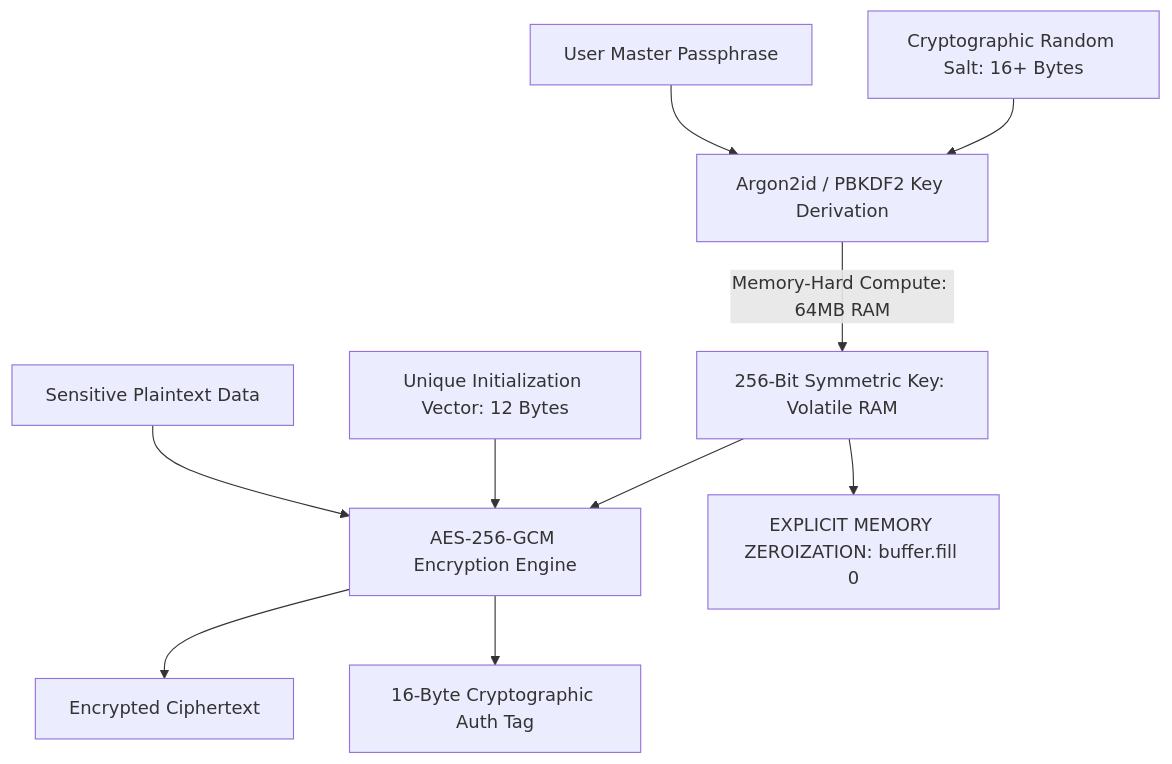
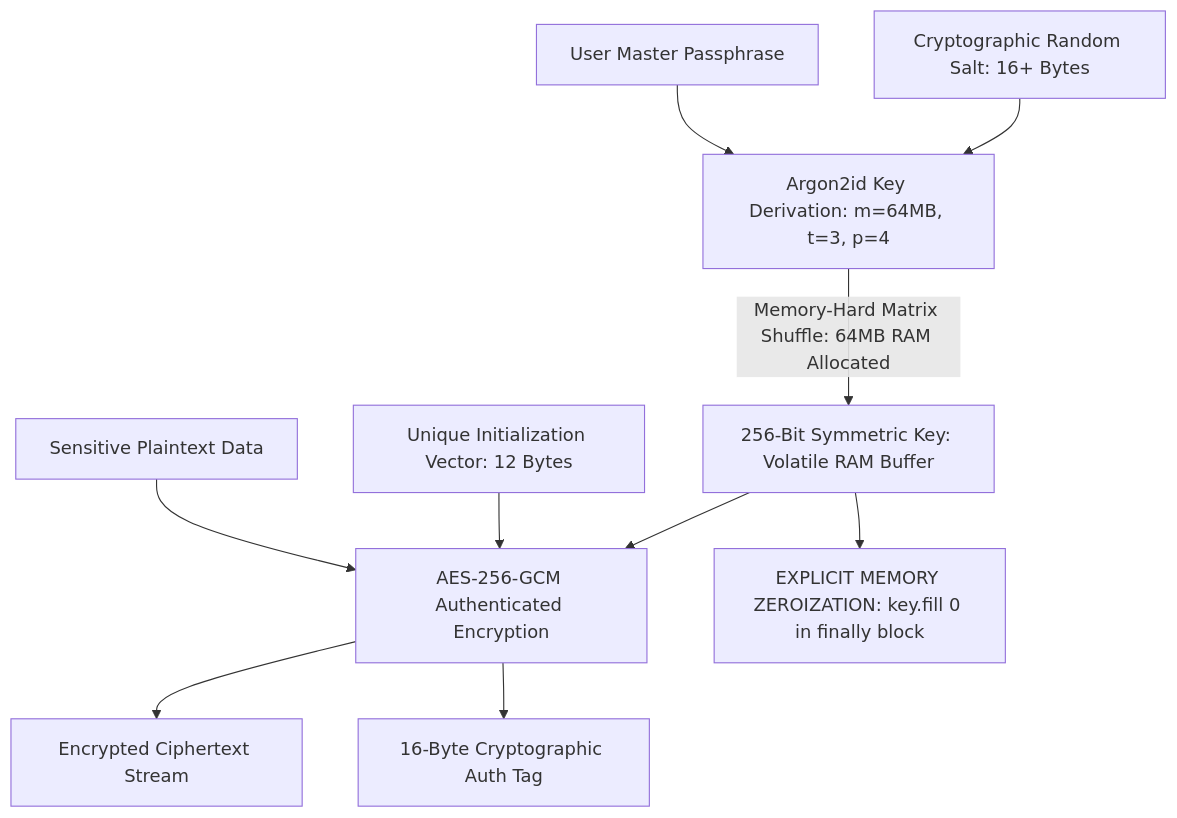
The diagram in docs/learning-paths/02-cryptographic-fortress-and-zero-trust/01-symmetric-encryption-and-key-derivation.md (MasterZ1311/Dev-AURA), drawn with Mermaid before and after one commit. The commit also changed other lines of this file and 48 other files, not shown here.

````diff
--- a/docs/learning-paths/02-cryptographic-fortress-and-zero-trust/01-symmetric-encryption-and-key-derivation.md
+++ b/docs/learning-paths/02-cryptographic-fortress-and-zero-trust/01-symmetric-encryption-and-key-derivation.md
@@ -37,16 +41,16 @@
 ```mermaid
 graph TD
-    Passphrase[User Master Passphrase] --> Argon[Argon2id / PBKDF2 Key Derivation]
+    Passphrase[User Master Passphrase] --> Argon[Argon2id Key Derivation: m=64MB, t=3, p=4]
     Salt[Cryptographic Random Salt: 16+ Bytes] --> Argon
     
-    Argon -->|Memory-Hard Compute: 64MB RAM| Key[256-Bit Symmetric Key: Volatile RAM]
+    Argon -->|Memory-Hard Matrix Shuffle: 64MB RAM Allocated| Key[256-Bit Symmetric Key: Volatile RAM Buffer]
     
-    Payload[Sensitive Plaintext Data] --> GCM[AES-256-GCM Encryption Engine]
+    Payload[Sensitive Plaintext Data] --> GCM[AES-256-GCM Authenticated Encryption]
     IV[Unique Initialization Vector: 12 Bytes] --> GCM
     Key --> GCM
     
-    GCM --> Ciphertext[Encrypted Ciphertext]
+    GCM --> Ciphertext[Encrypted Ciphertext Stream]
     GCM --> AuthTag[16-Byte Cryptographic Auth Tag]
     
-    Key --> Zeroize[EXPLICIT MEMORY ZEROIZATION: buffer.fill 0]
+    Key --> Zeroize[EXPLICIT MEMORY ZEROIZATION: key.fill 0 in finally block]
 ```
````
